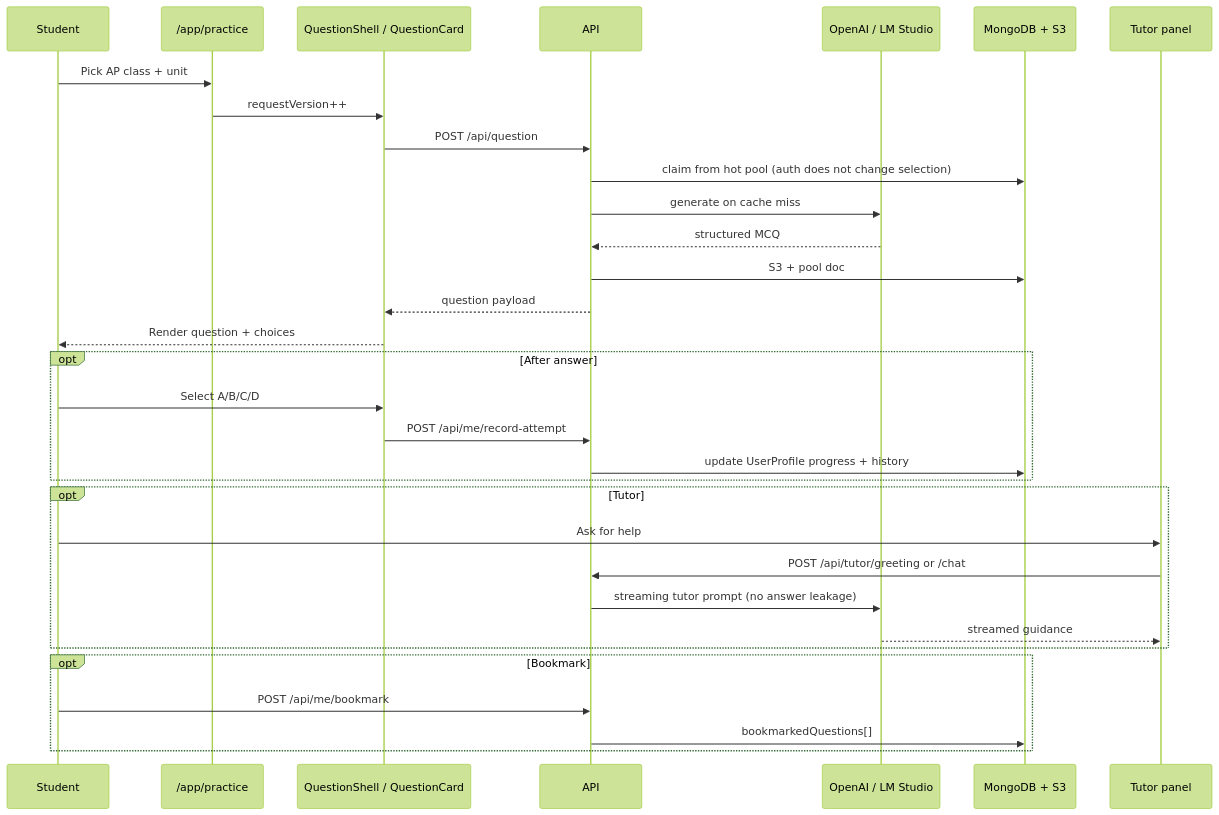
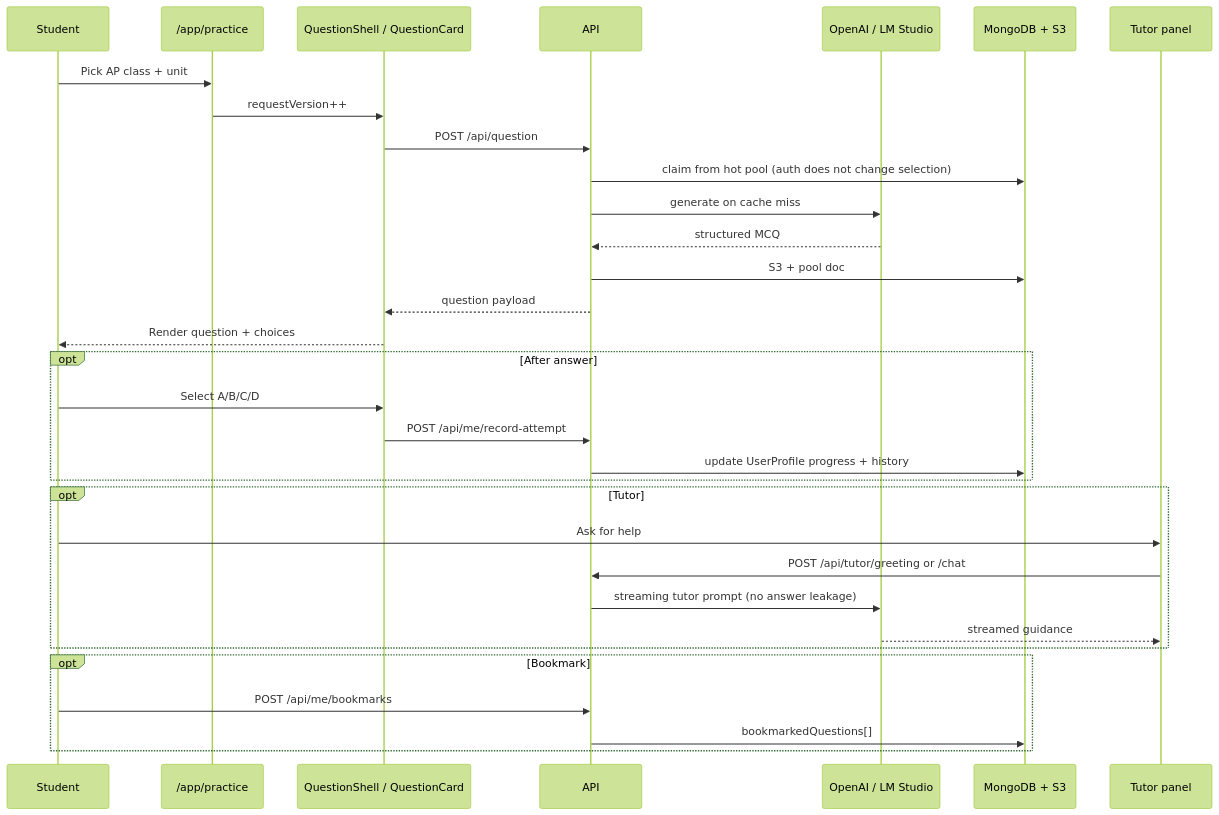
One commit to 5cisummai/freeappractice changed the sixth of 7 diagrams in docs/architecture.md. Above: the diagram before and after it, drawn with Mermaid (forest theme). The commit also changed 84 other files, not shown here.

First line of the commit message:
Simplify routes architecture with shared loaders and layouts.

````diff
--- a/docs/architecture.md
+++ b/docs/architecture.md
@@ -223,38 +223,38 @@
 ```mermaid
 sequenceDiagram
     participant U as Student
     participant App as /app/practice
     participant QS as QuestionShell / QuestionCard
     participant API as API
     participant AI as OpenAI / LM Studio
     participant DB as MongoDB + S3
     participant Tutor as Tutor panel
 
     U->>App: Pick AP class + unit
     App->>QS: requestVersion++
     QS->>API: POST /api/question
     API->>DB: claim from hot pool (auth does not change selection)
     API->>AI: generate on cache miss
     AI-->>API: structured MCQ
     API->>DB: S3 + pool doc
     API-->>QS: question payload
     QS-->>U: Render question + choices
 
     opt After answer
         U->>QS: Select A/B/C/D
         QS->>API: POST /api/me/record-attempt
         API->>DB: update UserProfile progress + history
     end
 
     opt Tutor
         U->>Tutor: Ask for help
         Tutor->>API: POST /api/tutor/greeting or /chat
         API->>AI: streaming tutor prompt (no answer leakage)
         AI-->>Tutor: streamed guidance
     end
 
     opt Bookmark
-        U->>API: POST /api/me/bookmark
+        U->>API: POST /api/me/bookmarks
         API->>DB: bookmarkedQuestions[]
     end
 ```
````
